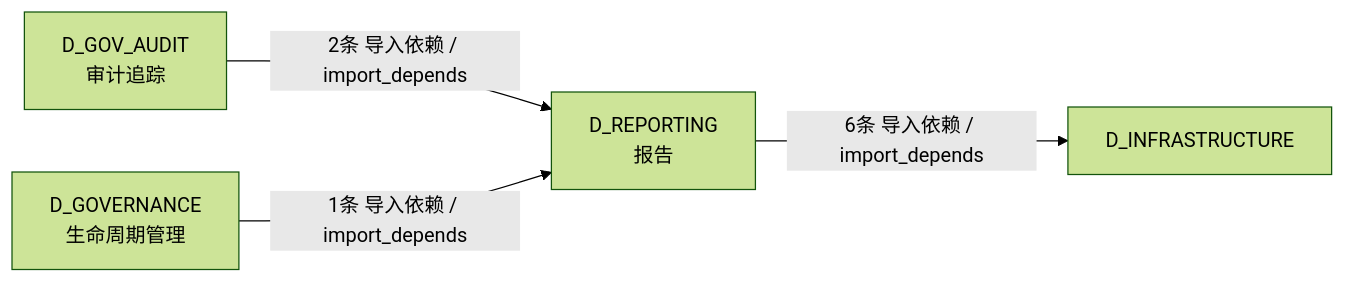
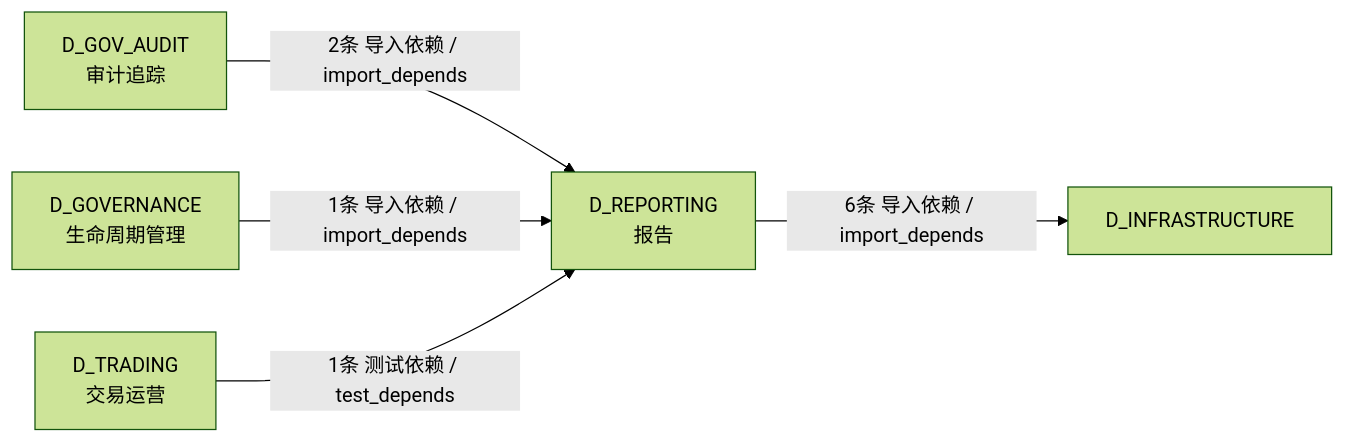
Before and after one commit to xuanFelixVan/ZephyrAlpha: the fourth of 4 diagrams in docs/02_enterprise_architecture/02_domain_architecture_docs/21_d_reporting.md, drawn with Mermaid (forest theme). The commit also changed other lines of this file and 112 other files, not shown here.

````diff
--- a/docs/02_enterprise_architecture/02_domain_architecture_docs/21_d_reporting.md
+++ b/docs/02_enterprise_architecture/02_domain_architecture_docs/21_d_reporting.md
@@ -197,10 +199,12 @@
 ```mermaid
 graph LR
     D_REPORTING["D_REPORTING<br/>报告"]
     D_INFRASTRUCTURE["D_INFRASTRUCTURE"]
     D_GOV_AUDIT["D_GOV_AUDIT<br/>审计追踪"]
     D_GOVERNANCE["D_GOVERNANCE<br/>生命周期管理"]
+    D_TRADING["D_TRADING<br/>交易运营"]
     D_REPORTING -->|6条 导入依赖 / import_depends| D_INFRASTRUCTURE
     D_GOV_AUDIT -->|2条 导入依赖 / import_depends| D_REPORTING
     D_GOVERNANCE -->|1条 导入依赖 / import_depends| D_REPORTING
+    D_TRADING -->|1条 测试依赖 / test_depends| D_REPORTING
 ```
````
